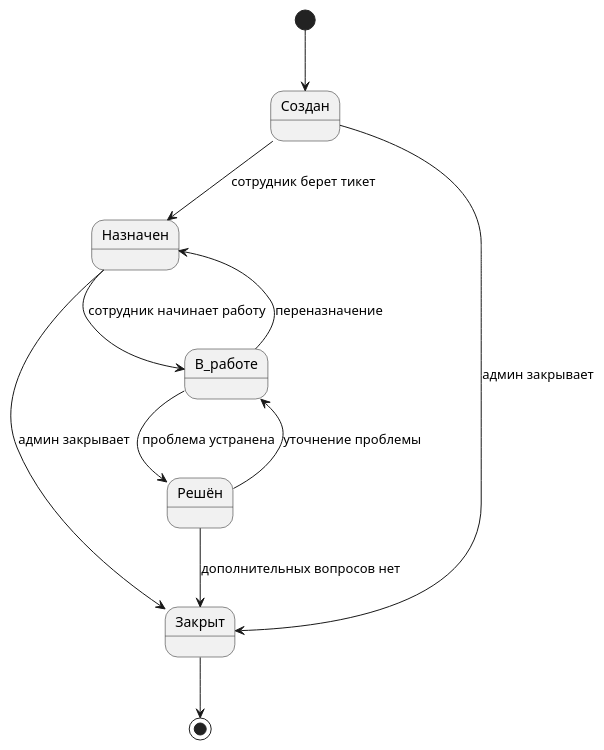
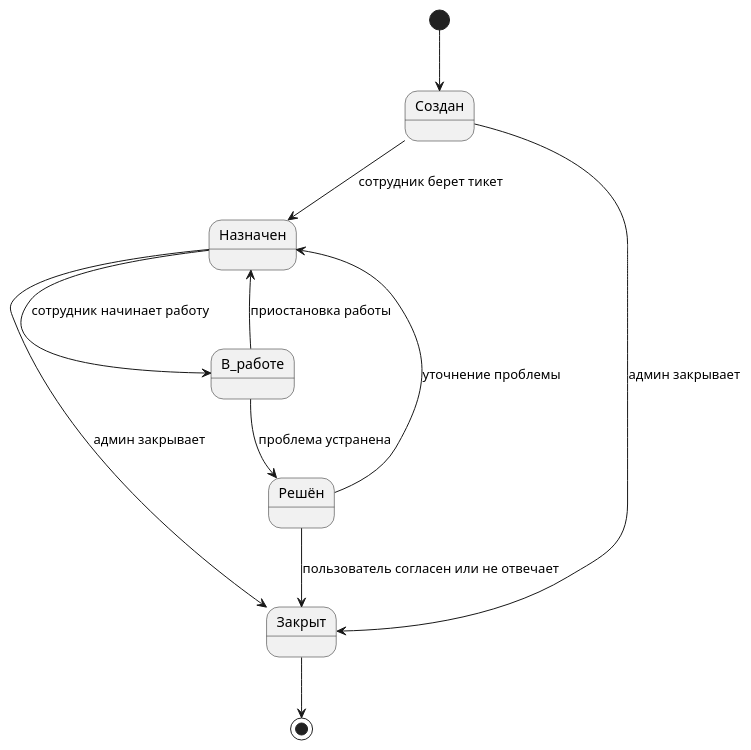
Before and after one commit to Development-Team-4/Documentation: the diagram in TicketLifecycle.puml, drawn with PlantUML.

Commit message:
Updated transitions

```diff
--- a/TicketLifecycle.puml
+++ b/TicketLifecycle.puml
@@ -1,19 +1,19 @@
 @startuml
 
 [*] --> Создан
 
 Создан --> Назначен : сотрудник берет тикет
 Создан --> Закрыт : админ закрывает
 
 Назначен --> В_работе : сотрудник начинает работу
 Назначен --> Закрыт : админ закрывает
 
 В_работе --> Решён : проблема устранена
-В_работе --> Назначен : переназначение
+В_работе --> Назначен : приостановка работы
 
-Решён --> Закрыт : дополнительных вопросов нет
-Решён --> В_работе : уточнение проблемы
+Решён --> Закрыт : пользователь согласен или не отвечает
+Решён --> Назначен : уточнение проблемы
 
 Закрыт --> [*]
 
 @enduml
```
